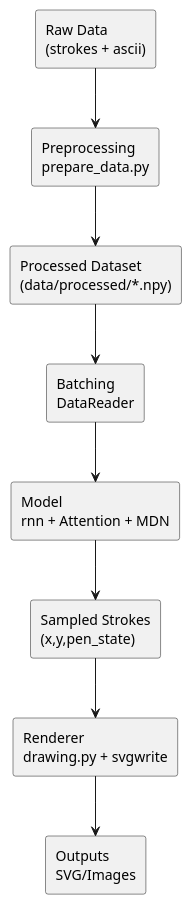
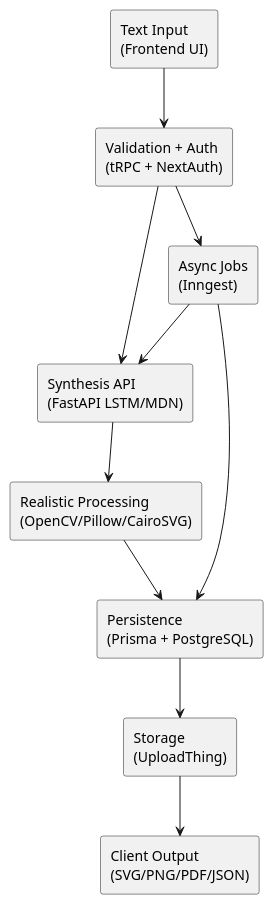
Diagram 12 of 15 in docss/CONCEPTUAL_DIAGRAMS.md (bhadraagada/ctrlpluspen), drawn with PlantUML before and after one commit. The commit also changed other lines of this file and 138 other files, not shown here.

````diff
--- a/docss/CONCEPTUAL_DIAGRAMS.md
+++ b/docss/CONCEPTUAL_DIAGRAMS.md
@@ -513,23 +619,25 @@
 ```plantuml
 @startuml
 skinparam monochrome true
 skinparam shadowing false
 
-rectangle "Raw Data\n(strokes + ascii)" as Raw
-rectangle "Preprocessing\nprepare_data.py" as Prep
-rectangle "Processed Dataset\n(data/processed/*.npy)" as Proc
-rectangle "Batching\nDataReader" as Batch
-rectangle "Model\nrnn + Attention + MDN" as Model
-rectangle "Sampled Strokes\n(x,y,pen_state)" as Strokes
-rectangle "Renderer\ndrawing.py + svgwrite" as Render
-rectangle "Outputs\nSVG/Images" as Out
+rectangle "Text Input\n(Frontend UI)" as Input
+rectangle "Validation + Auth\n(tRPC + NextAuth)" as Validate
+rectangle "Synthesis API\n(FastAPI LSTM/MDN)" as Synthesize
+rectangle "Realistic Processing\n(OpenCV/Pillow/CairoSVG)" as Effects
+rectangle "Persistence\n(Prisma + PostgreSQL)" as Persist
+rectangle "Storage\n(UploadThing)" as Store
+rectangle "Async Jobs\n(Inngest)" as Async
+rectangle "Client Output\n(SVG/PNG/PDF/JSON)" as Output
 
-Raw --> Prep
-Prep --> Proc
-Proc --> Batch
-Batch --> Model
-Model --> Strokes
-Strokes --> Render
-Render --> Out
+Input --> Validate
+Validate --> Synthesize
+Synthesize --> Effects
+Effects --> Persist
+Persist --> Store
+Store --> Output
+Validate --> Async
+Async --> Synthesize
+Async --> Persist
 @enduml
 ```
````
